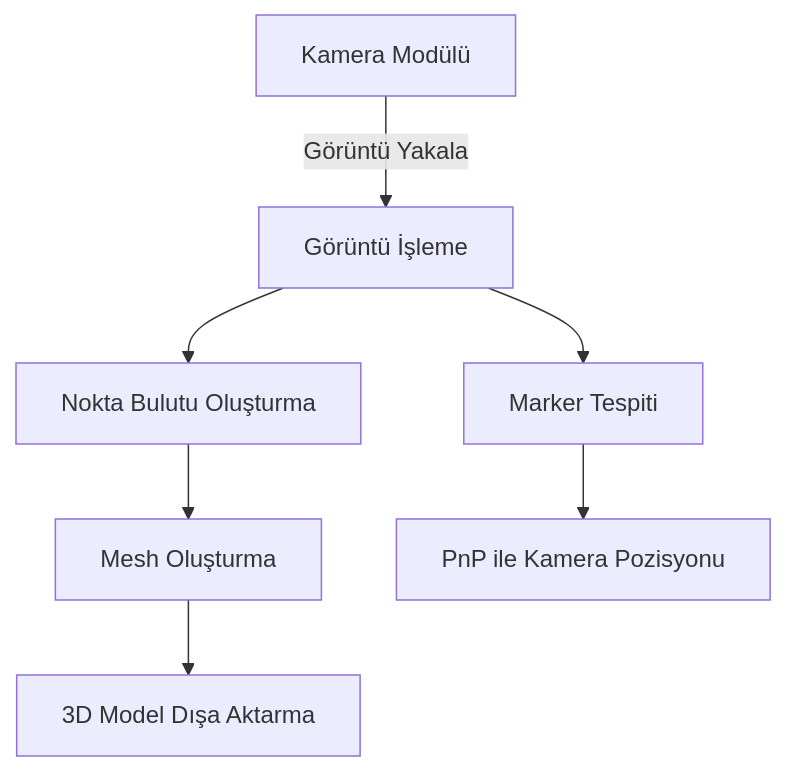
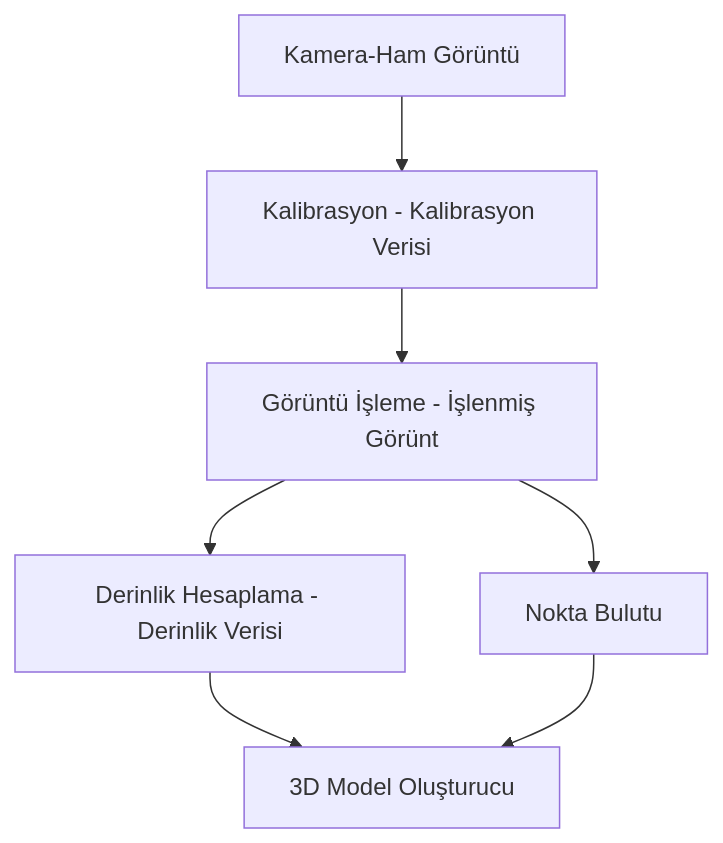
One commit to Muammer06/ClonifyLabs changed the third of 4 diagrams in docs/SRD.md. Above: the diagram before and after it, drawn with Mermaid. The commit also changed other lines of this file and 9 other files, not shown here.

Commit message:
Remove unused files and configurations related to Mermaid diagrams and SRD

````diff
--- a/docs/SRD.md
+++ b/docs/SRD.md
@@ -417,9 +421,11 @@
 ```mermaid
 graph TD
-    A[Kamera Modülü] -->|Görüntü Yakala| B[Görüntü İşleme]
-    B --> C[Nokta Bulutu Oluşturma]
-    C --> D[Mesh Oluşturma]
-    D --> E[3D Model Dışa Aktarma]
-    B --> F[Marker Tespiti]
-    F --> G[PnP ile Kamera Pozisyonu]
+    A[Kamera-Ham Görüntü] --> B[Kalibrasyon - Kalibrasyon Verisi]
+    B --> C[Görüntü İşleme - İşlenmiş Görünt]
+    C --> D[Derinlik Hesaplama - Derinlik Verisi]
+    C --> E[Nokta Bulutu]
+    D --> F[Nokta Bulutu]
+    E --> F[3D Model Oluşturucu]
+
+
 ```
````
